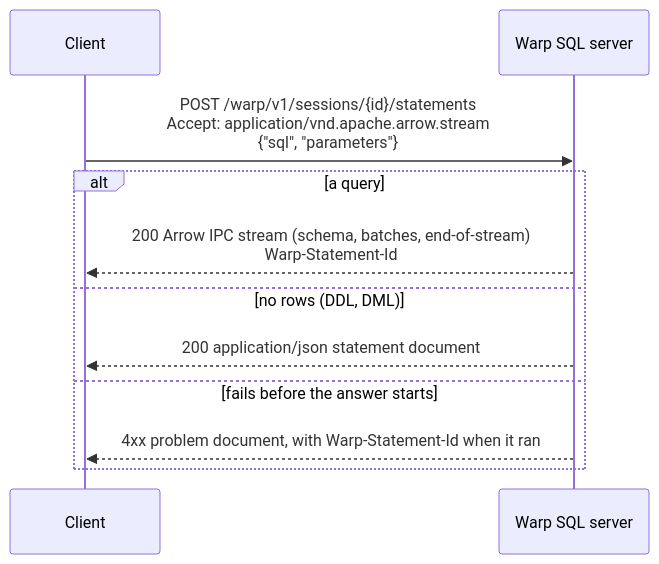
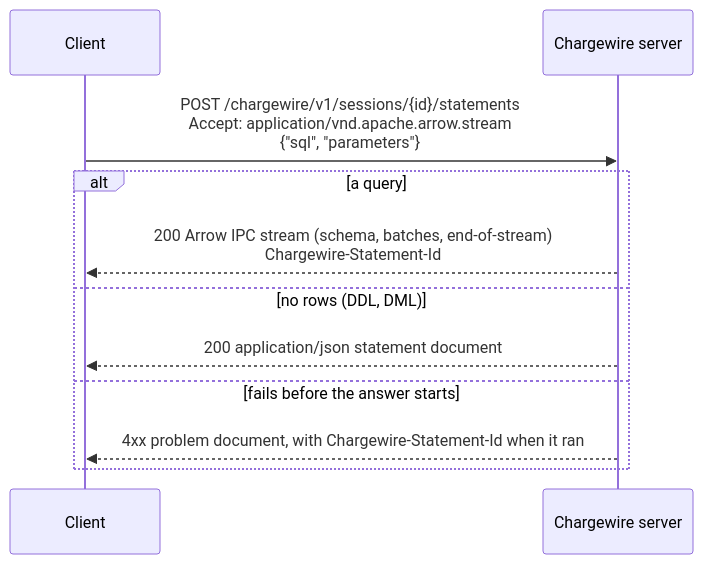
Before and after one commit to gizmodata/chargewire: the diagram in site/src/diagrams/streamed-query.mmd, drawn with Mermaid. The commit also changed 211 other files, not shown here.

```diff
--- a/site/src/diagrams/streamed-query.mmd
+++ b/site/src/diagrams/streamed-query.mmd
@@ -1,11 +1,11 @@
 sequenceDiagram
   participant C as Client
-  participant S as Warp SQL server
-  C->>S: POST /warp/v1/sessions/{id}/statements<br/>Accept: application/vnd.apache.arrow.stream<br/>{"sql", "parameters"}
+  participant S as Chargewire server
+  C->>S: POST /chargewire/v1/sessions/{id}/statements<br/>Accept: application/vnd.apache.arrow.stream<br/>{"sql", "parameters"}
   alt a query
-    S-->>C: 200 Arrow IPC stream (schema, batches, end-of-stream)<br/>Warp-Statement-Id
+    S-->>C: 200 Arrow IPC stream (schema, batches, end-of-stream)<br/>Chargewire-Statement-Id
   else no rows (DDL, DML)
     S-->>C: 200 application/json statement document
   else fails before the answer starts
-    S-->>C: 4xx problem document, with Warp-Statement-Id when it ran
+    S-->>C: 4xx problem document, with Chargewire-Statement-Id when it ran
   end
```
